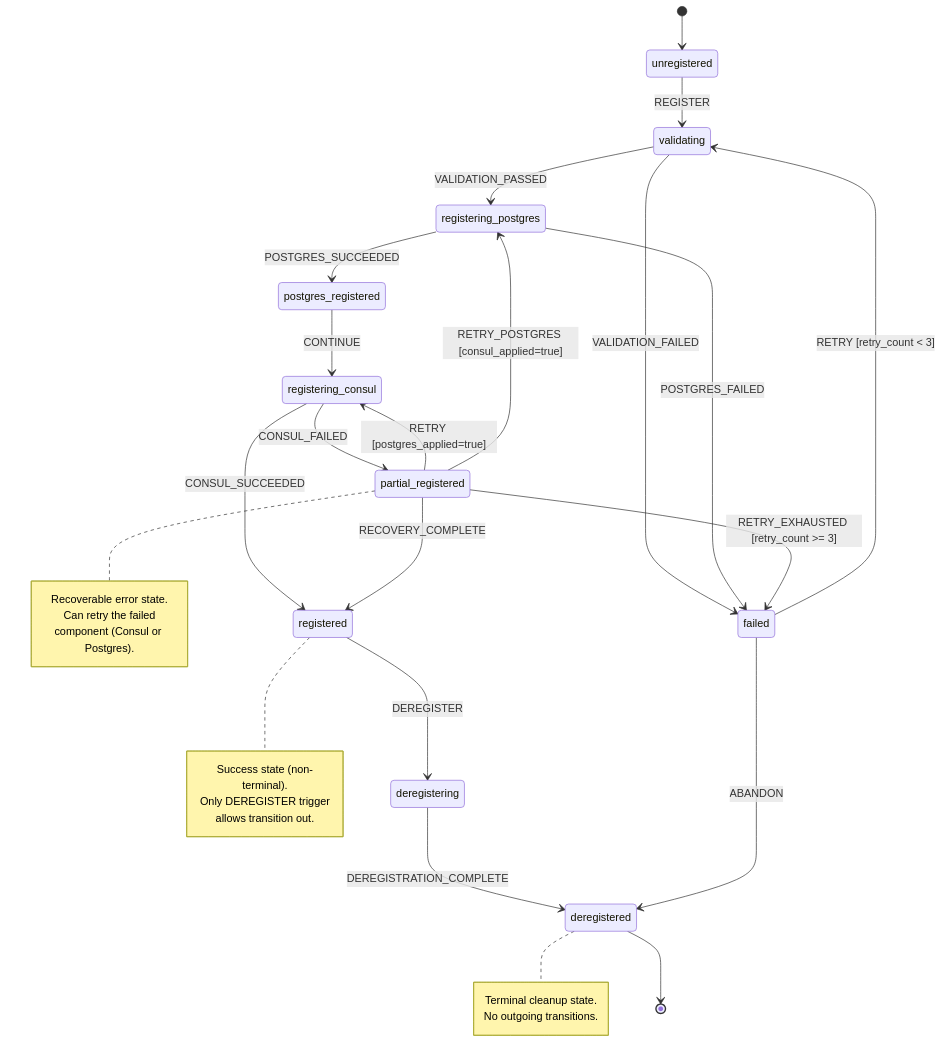
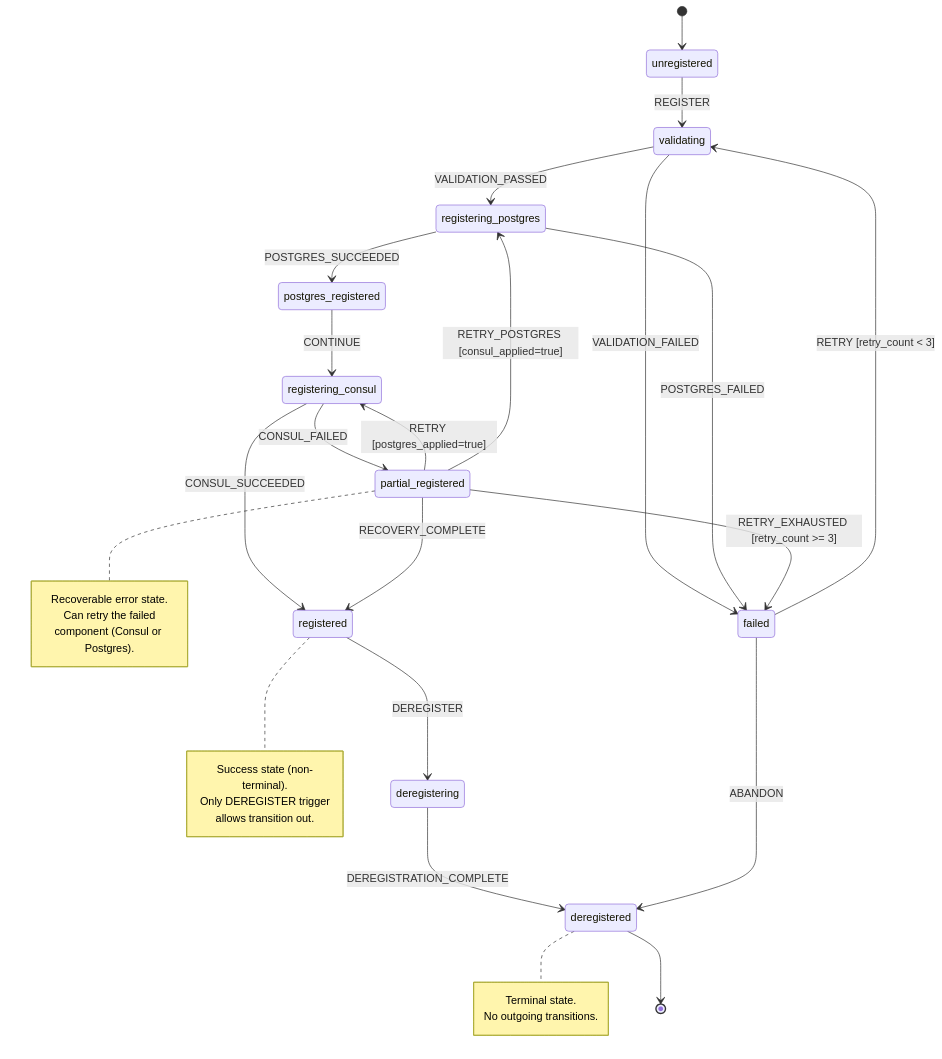
One commit to OmniNode-ai/omnibase_core changed the diagram in docs/architecture/REGISTRATION_FSM_CONTRACT.md. Above: the diagram before and after it, drawn with Mermaid. The commit also changed other lines of this file, not shown here.

````diff
--- a/docs/architecture/REGISTRATION_FSM_CONTRACT.md
+++ b/docs/architecture/REGISTRATION_FSM_CONTRACT.md
@@ -944,48 +1052,48 @@
 ```mermaid
 stateDiagram-v2
     [*] --> unregistered
 
     unregistered --> validating : REGISTER
 
     validating --> registering_postgres : VALIDATION_PASSED
     validating --> failed : VALIDATION_FAILED
 
     registering_postgres --> postgres_registered : POSTGRES_SUCCEEDED
     registering_postgres --> failed : POSTGRES_FAILED
 
     postgres_registered --> registering_consul : CONTINUE
 
     registering_consul --> registered : CONSUL_SUCCEEDED
     registering_consul --> partial_registered : CONSUL_FAILED
 
     partial_registered --> registering_consul : RETRY [postgres_applied=true]
     partial_registered --> registering_postgres : RETRY_POSTGRES [consul_applied=true]
     partial_registered --> registered : RECOVERY_COMPLETE
     partial_registered --> failed : RETRY_EXHAUSTED [retry_count >= 3]
 
     registered --> deregistering : DEREGISTER
 
     deregistering --> deregistered : DEREGISTRATION_COMPLETE
 
     failed --> validating : RETRY [retry_count < 3]
     failed --> deregistered : ABANDON
 
     note right of registered
         Success state (non-terminal).
         Only DEREGISTER trigger
         allows transition out.
     end note
 
     note right of partial_registered
         Recoverable error state.
         Can retry the failed
         component (Consul or Postgres).
     end note
 
     note right of deregistered
-        Terminal cleanup state.
+        Terminal state.
         No outgoing transitions.
     end note
 
     deregistered --> [*]
 ```
````
